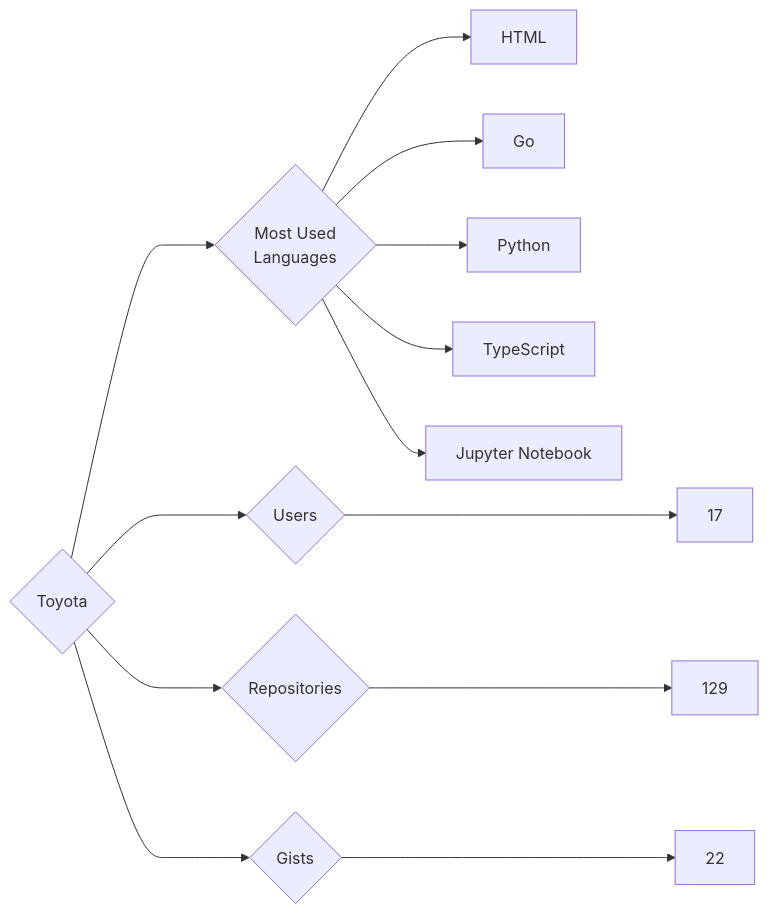
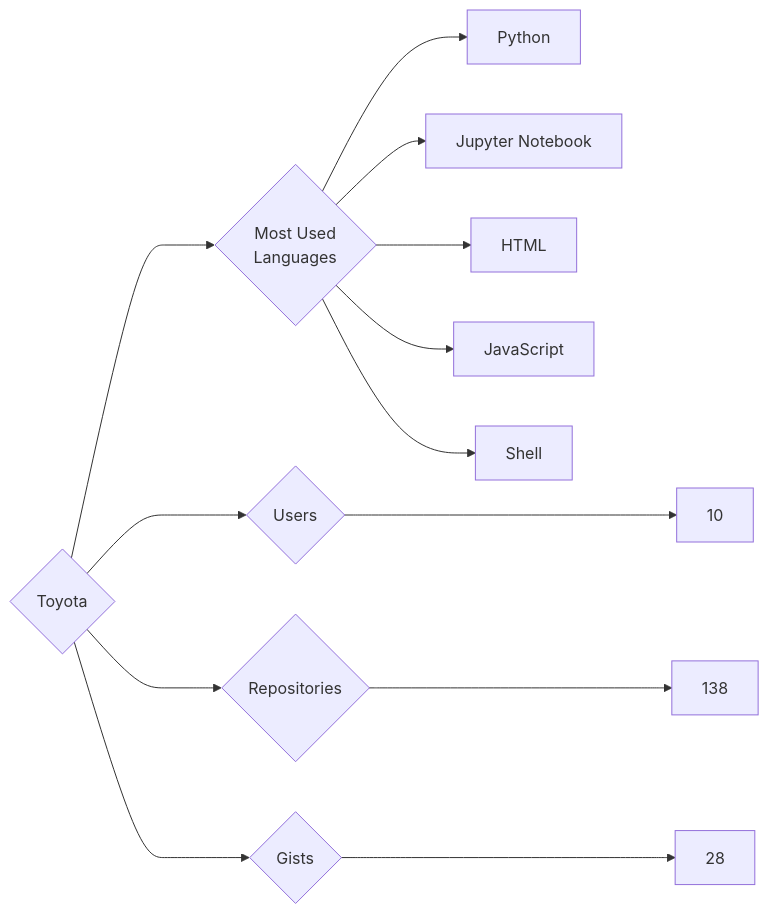
Before and after one commit to trickest/insiders: the diagram in targets/Toyota/README.md, drawn with Mermaid. The commit also changed 748 other files, not shown here.

````diff
--- a/targets/Toyota/README.md
+++ b/targets/Toyota/README.md
@@ -3,13 +3,13 @@
 ```mermaid
 graph LR
 COMPANY_NAME{Toyota}
-COMPANY_NAME ---> U{Users} ---> UN[17]
-COMPANY_NAME ---> R{Repositories} ---> RN[129]
-COMPANY_NAME ---> G{Gists} ---> GN[22]
+COMPANY_NAME ---> U{Users} ---> UN[10]
+COMPANY_NAME ---> R{Repositories} ---> RN[138]
+COMPANY_NAME ---> G{Gists} ---> GN[28]
 COMPANY_NAME ---> ML{Most Used<br>Languages}
+ML --> Python[Python]
+ML --> Jupyter_Notebook[Jupyter Notebook]
 ML --> HTML[HTML]
-ML --> Go[Go]
-ML --> Python[Python]
-ML --> TypeScript[TypeScript]
-ML --> Jupyter_Notebook[Jupyter Notebook]
+ML --> JavaScript[JavaScript]
+ML --> Shell[Shell]
 ```
````
